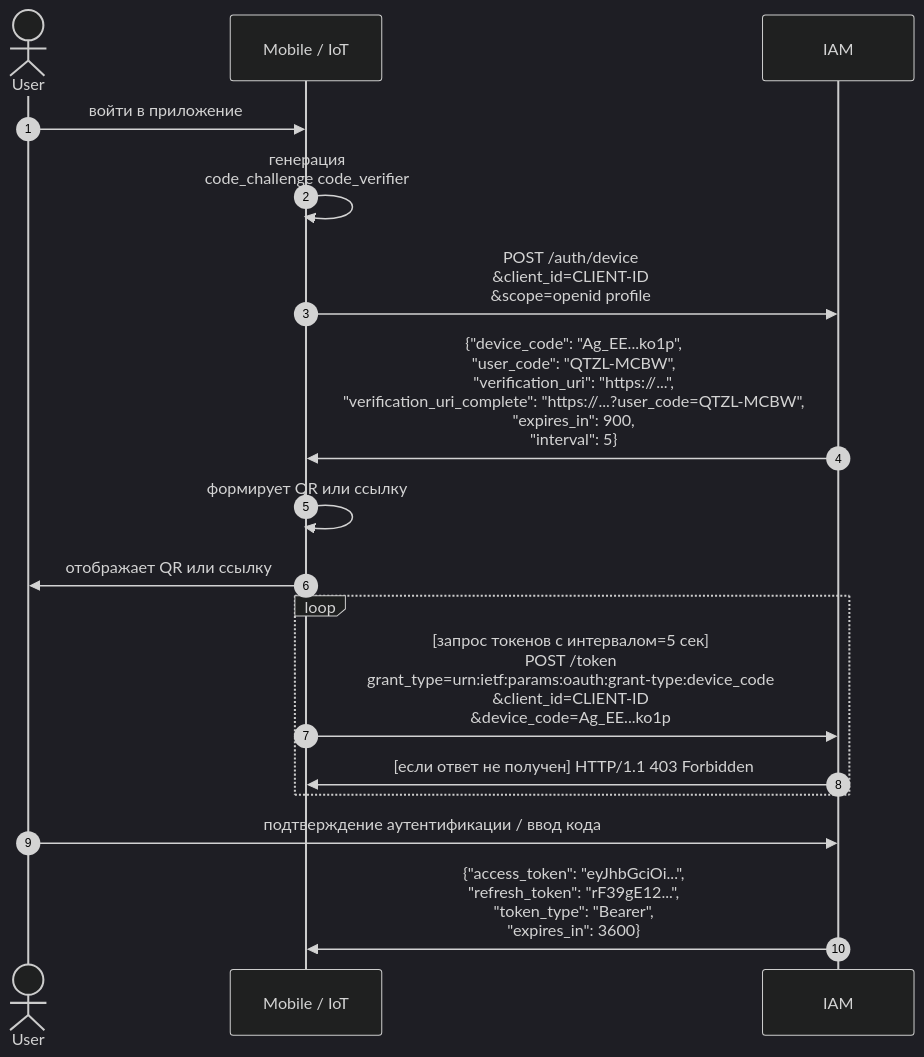
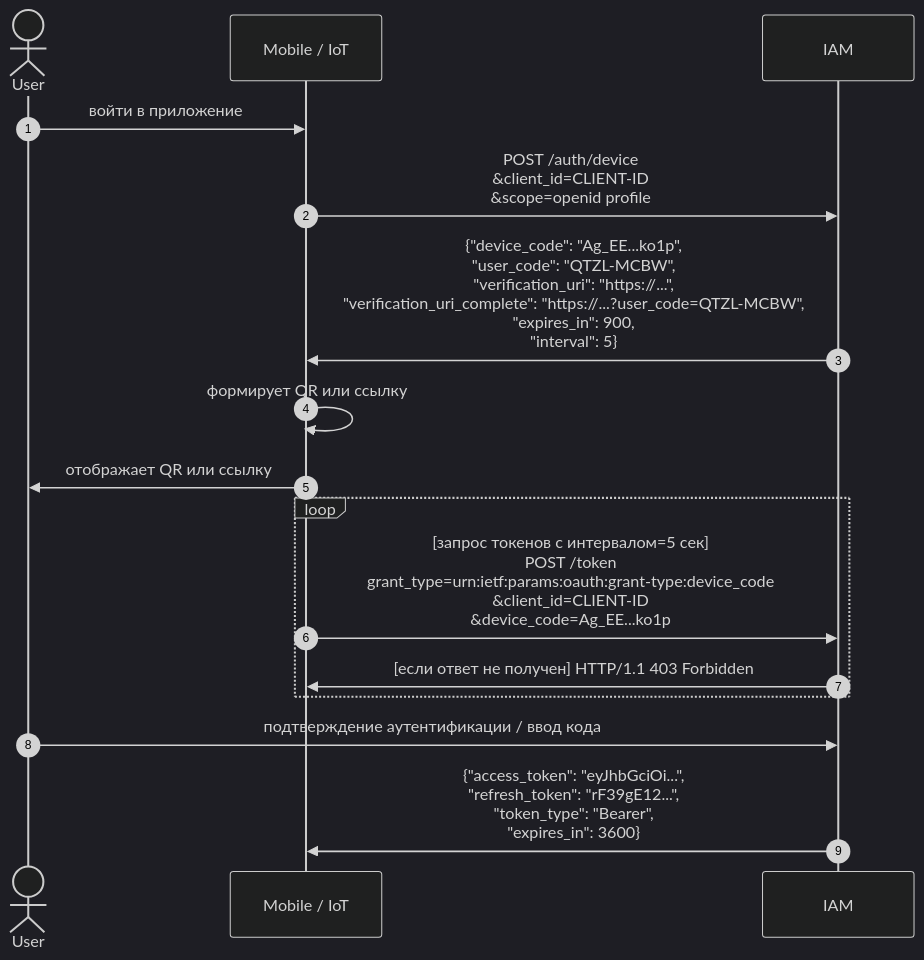
One commit to FIR-UIII/notes changed the diagram in AuthN/Device Code Grant.md. Above: the diagram before and after it, drawn with Mermaid (dark theme).

Commit message:
Update Device Code Grant.md

````diff
--- a/AuthN/Device Code Grant.md
+++ b/AuthN/Device Code Grant.md
@@ -1,20 +1,19 @@
 ```mermaid
 sequenceDiagram
     autonumber
     actor User
     participant Device as Mobile / IoT
     participant IAM
 
     User->>Device: войти в приложение
-    Device->>Device: генерация<br>code_challenge code_verifier
     Device->>IAM: POST /auth/device<br>&client_id=CLIENT-ID<br>&scope=openid profile
     IAM->>Device: {"device_code": "Ag_EE...ko1p",<br>"user_code": "QTZL-MCBW",<br>"verification_uri": "https://...",<br>"verification_uri_complete": "https://...?user_code=QTZL-MCBW",<br>"expires_in": 900,<br>"interval": 5}
     Device->>Device: формирует QR или ссылку
     Device->>User: отображает QR или ссылку
     loop
         Device->>IAM: [запрос токенов c интервалом=5 сек]<br>POST /token<br>grant_type=urn:ietf:params:oauth:grant-type:device_code<br>&client_id=CLIENT-ID<br>&device_code=Ag_EE...ko1p
         IAM->>Device: [если ответ не получен] HTTP/1.1 403 Forbidden
     end
     User->>IAM: подтверждение аутентификации / ввод кода
     IAM->>Device: {"access_token": "eyJhbGciOi...",<br>"refresh_token": "rF39gE12...",<br>"token_type": "Bearer",<br>"expires_in": 3600}
 ```
````
